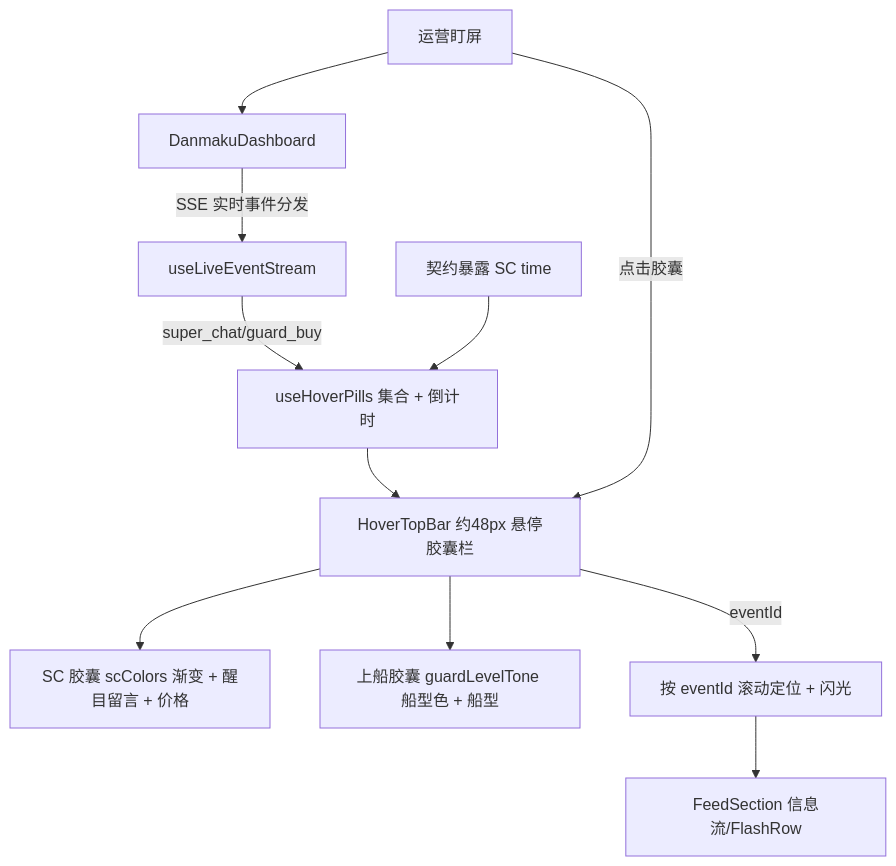
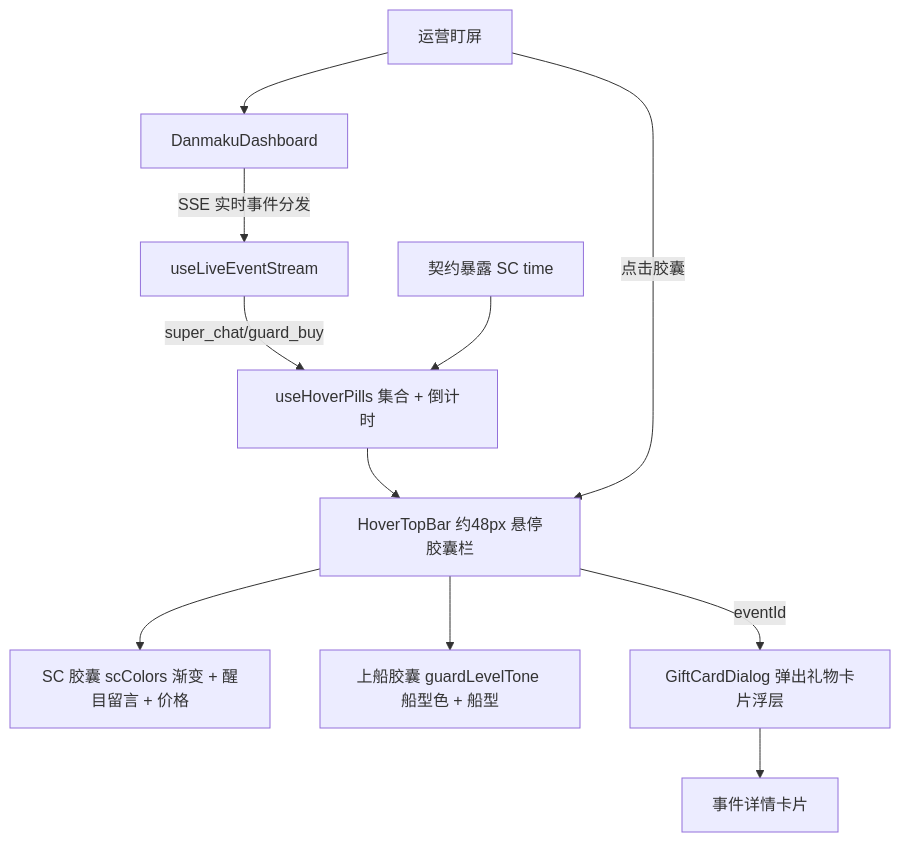
The first of 2 diagrams in docs/engineering/proposals/2026-08-23-danmaku-hover-bar-proposal.md (Deliay/sumire), drawn with Mermaid before and after one commit. The commit also changed other lines of this file and 7 other files, not shown here.

First line of the commit message:
feat: change capsule click to show gift card dialog instead of locate and flash

````diff
--- a/docs/engineering/proposals/2026-08-23-danmaku-hover-bar-proposal.md
+++ b/docs/engineering/proposals/2026-08-23-danmaku-hover-bar-proposal.md
@@ -49,13 +49,13 @@
 ```mermaid
 graph TD
     U[运营盯屏] --> DASH[DanmakuDashboard]
     DASH -->|SSE 实时事件分发| STREAM[useLiveEventStream]
     STREAM -->|super_chat/guard_buy| HOOK[useHoverPills 集合 + 倒计时]
     HOOK --> BAR[HoverTopBar 约48px 悬停胶囊栏]
     BAR --> SC[SC 胶囊 scColors 渐变 + 醒目留言 + 价格]
     BAR --> GB[上船胶囊 guardLevelTone 船型色 + 船型]
     U -->|点击胶囊| BAR
-    BAR -->|eventId| LOCATE[按 eventId 滚动定位 + 闪光]
-    LOCATE --> FEED[FeedSection 信息流/FlashRow]
+    BAR -->|eventId| DIALOG[GiftCardDialog 弹出礼物卡片浮层]
+    DIALOG --> CARD[事件详情卡片]
     CONTRACT[契约暴露 SC time] --> HOOK
 ```
````
